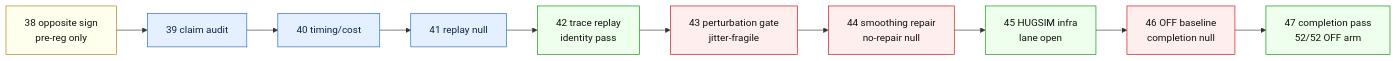
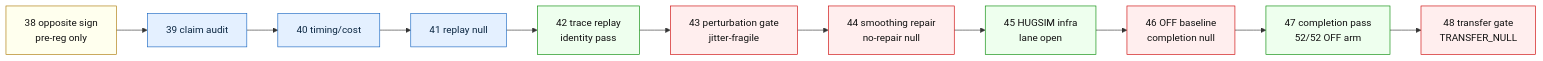
Before and after one commit to manfromnowhere143/sentinel: the fourth of 6 diagrams in README.md, drawn with Mermaid. The commit also changed other lines of this file and 5 other files, not shown here.

Commit message:
iter48: publish TRANSFER_NULL transfer verdict, analyzer report, docs

````diff
--- a/README.md
+++ b/README.md
@@ -178,20 +188,21 @@
 ```mermaid
 flowchart LR
   O38["38 opposite sign<br/>pre-reg only"] --> A39["39 claim audit"]
   A39 --> A40["40 timing/cost"]
   A40 --> A41["41 replay null"]
   A41 --> A42["42 trace replay<br/>identity pass"]
   A42 --> A43["43 perturbation gate<br/>jitter-fragile"]
   A43 --> A44["44 smoothing repair<br/>no-repair null"]
   A44 --> A45["45 HUGSIM infra<br/>lane open"]
   A45 --> A46["46 OFF baseline<br/>completion null"]
   A46 --> A47["47 completion pass<br/>52/52 OFF arm"]
+  A47 --> A48["48 transfer gate<br/>TRANSFER_NULL"]
   classDef ask fill:#ffe,stroke:#a70,color:#111;
   classDef audit fill:#e4f0ff,stroke:#1565c0,color:#0c2742;
   classDef win fill:#efe,stroke:#080,color:#111;
   classDef bad fill:#fee,stroke:#c00,color:#111;
   class O38 ask;
   class A39,A40,A41 audit;
   class A42,A45,A47 win;
-  class A43,A44,A46 bad;
+  class A43,A44,A46,A48 bad;
 ```
````
